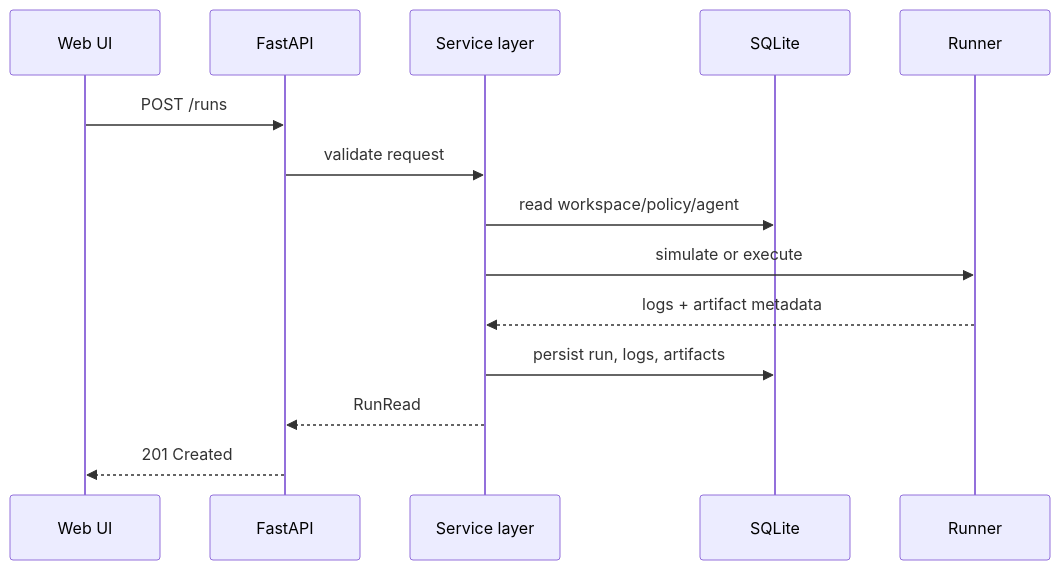
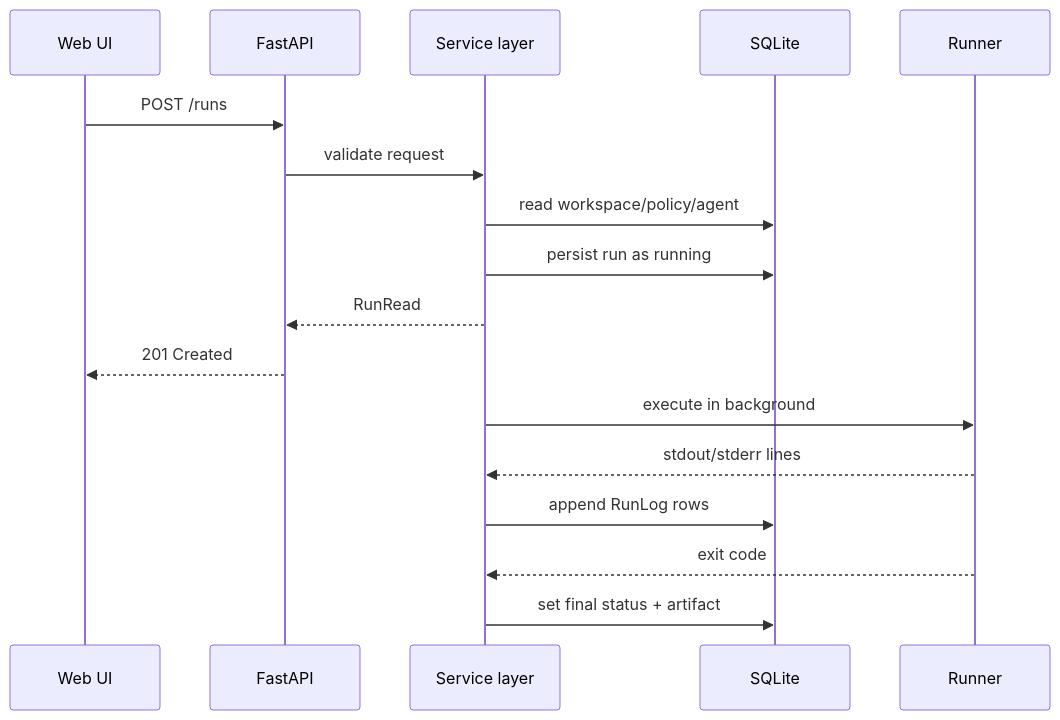
The second of 2 diagrams in docs/architecture.md (nicho2/local-agent-workspace-manager), drawn with Mermaid before and after one commit. The commit also changed other lines of this file and 14 other files, not shown here.

````diff
--- a/docs/architecture.md
+++ b/docs/architecture.md
@@ -35,17 +35,20 @@
 ```mermaid
 sequenceDiagram
   participant UI as Web UI
   participant API as FastAPI
   participant SVC as Service layer
   participant DB as SQLite
   participant RUN as Runner
 
   UI->>API: POST /runs
   API->>SVC: validate request
   SVC->>DB: read workspace/policy/agent
-  SVC->>RUN: simulate or execute
-  RUN-->>SVC: logs + artifact metadata
-  SVC->>DB: persist run, logs, artifacts
+  SVC->>DB: persist run as running
   SVC-->>API: RunRead
   API-->>UI: 201 Created
+  SVC->>RUN: execute in background
+  RUN-->>SVC: stdout/stderr lines
+  SVC->>DB: append RunLog rows
+  RUN-->>SVC: exit code
+  SVC->>DB: set final status + artifact
 ```
````
